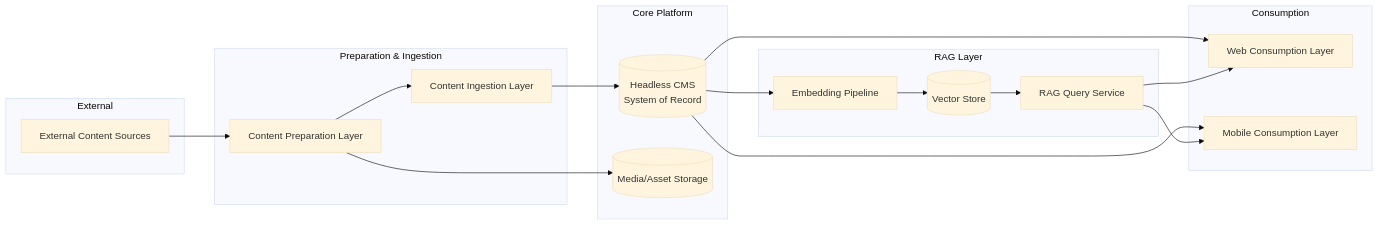
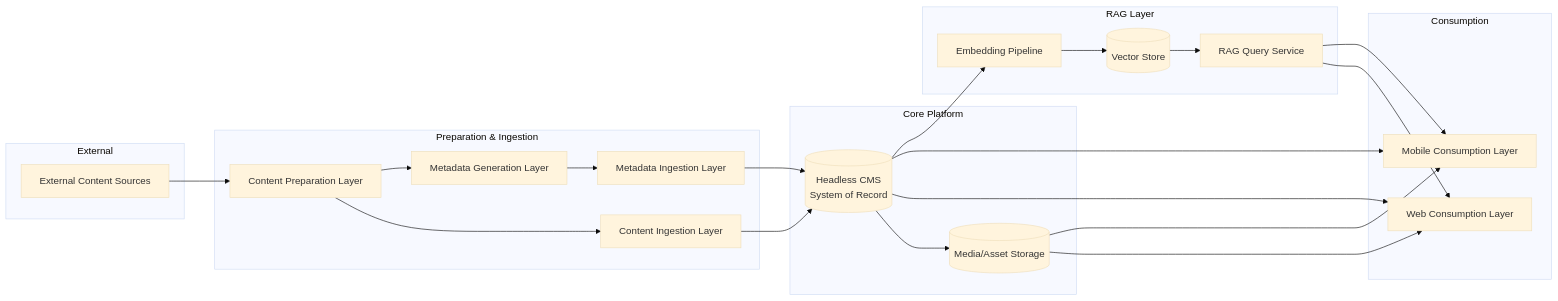
One commit to Team-Gurubodh/gurubodh changed the diagram in docs/architecture.md. Above: the diagram before and after it, drawn with Mermaid (base theme). The commit also changed other lines of this file, not shown here.

Commit message:
Update architecture metadata boundaries

````diff
--- a/docs/architecture.md
+++ b/docs/architecture.md
@@ -44,35 +44,41 @@
 ```mermaid
 flowchart LR
     subgraph External
         SRC[External Content Sources]
     end
 
     subgraph Preparation & Ingestion
         PRE[Content Preparation Layer]
         ING[Content Ingestion Layer]
+        METAGEN[Metadata Generation Layer]
+        METAING[Metadata Ingestion Layer]
     end
 
     subgraph Core Platform
         CMS[(Headless CMS<br/>System of Record)]
         MEDIA[(Media/Asset Storage)]
     end
 
     subgraph Consumption
         WEB[Web Consumption Layer]
         MOBILE[Mobile Consumption Layer]
     end
 
     subgraph RAG Layer
         EMBED[Embedding Pipeline]
         VDB[(Vector Store)]
         RAGAPI[RAG Query Service]
     end
 
-    SRC --> PRE --> ING --> CMS
-    PRE --> MEDIA
+    SRC --> PRE
+    PRE --> ING --> CMS
+    PRE --> METAGEN --> METAING --> CMS
+    CMS --> MEDIA
     CMS --> WEB
     CMS --> MOBILE
+    MEDIA --> WEB
+    MEDIA --> MOBILE
     CMS --> EMBED --> VDB --> RAGAPI
     RAGAPI --> WEB
     RAGAPI --> MOBILE
 ```
````
